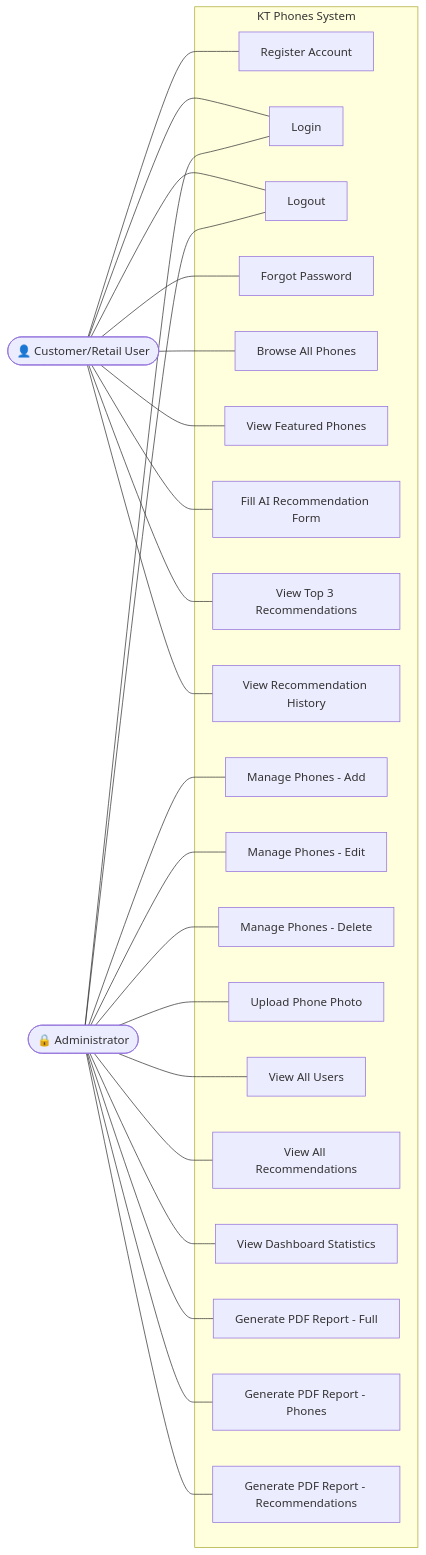
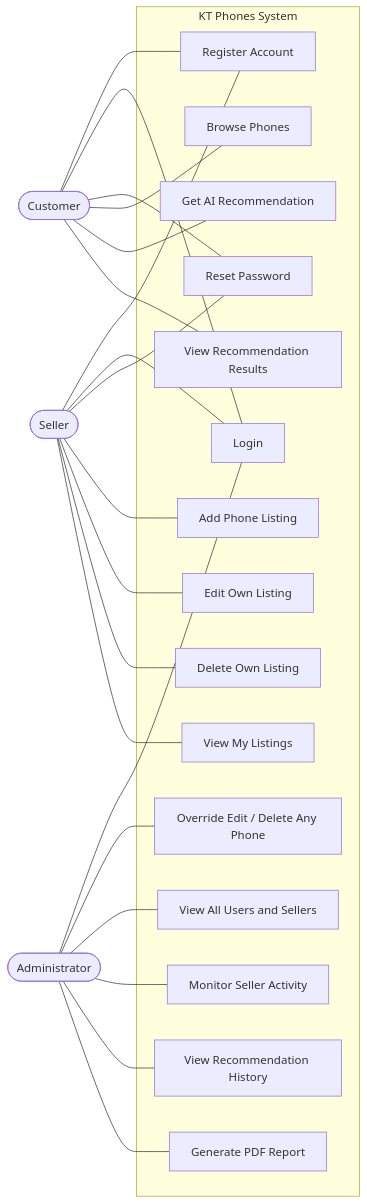
Before and after one commit to softboyai/Ai-based-phone: the third of 7 diagrams in diagrams.md, drawn with Mermaid. The commit also changed other lines of this file and 13 other files, not shown here.

First line of the commit message:
feat: add Seller role  3-role system (admin, seller, customer)

````diff
--- a/diagrams.md
+++ b/diagrams.md
@@ -87,55 +71,48 @@
 ```mermaid
 graph LR
-    %% Actors
-    Customer([👤 Customer/Retail User])
-    Admin([🔒 Administrator])
+    Customer([Customer])
+    Seller([Seller])
+    Admin([Administrator])
 
-    %% System boundary
     subgraph KT Phones System
-        UC1[Register Account]
-        UC2[Login]
-        UC3[Logout]
-        UC4[Forgot Password]
-        UC5[Browse All Phones]
-        UC6[View Featured Phones]
-        UC7[Fill AI Recommendation Form]
-        UC8[View Top 3 Recommendations]
-        UC9[View Recommendation History]
+        Register[Register Account]
+        Login[Login]
+        ResetPassword[Reset Password]
+        BrowsePhones[Browse Phones]
+        GetRecommendation[Get AI Recommendation]
+        ViewResults[View Recommendation Results]
 
-        UC10[Manage Phones - Add]
-        UC11[Manage Phones - Edit]
-        UC12[Manage Phones - Delete]
-        UC13[Upload Phone Photo]
-        UC14[View All Users]
-        UC15[View All Recommendations]
-        UC16[View Dashboard Statistics]
-        UC17[Generate PDF Report - Full]
-        UC18[Generate PDF Report - Phones]
-        UC19[Generate PDF Report - Recommendations]
+        AddPhone[Add Phone Listing]
+        EditOwnPhone[Edit Own Listing]
+        DeleteOwnPhone[Delete Own Listing]
+        ViewOwnListings[View My Listings]
+
+        ManageAllPhones[Override Edit / Delete Any Phone]
+        ViewAllUsers[View All Users and Sellers]
+        ViewSellers[Monitor Seller Activity]
+        ViewRecommendations[View Recommendation History]
+        GenerateReport[Generate PDF Report]
     end
 
-    %% Customer relationships
-    Customer --- UC1
-    Customer --- UC2
-    Customer --- UC3
-    Customer --- UC4
-    Customer --- UC5
-    Customer --- UC6
-    Customer --- UC7
-    Customer --- UC8
-    Customer --- UC9
+    Customer --- Register
+    Customer --- Login
+    Customer --- ResetPassword
+    Customer --- BrowsePhones
+    Customer --- GetRecommendation
+    Customer --- ViewResults
 
-    %% Admin relationships
-    Admin --- UC2
-    Admin --- UC3
-    Admin --- UC10
-    Admin --- UC11
-    Admin --- UC12
-    Admin --- UC13
-    Admin --- UC14
-    Admin --- UC15
-    Admin --- UC16
-    Admin --- UC17
-    Admin --- UC18
-    Admin --- UC19
+    Seller --- Register
+    Seller --- Login
+    Seller --- ResetPassword
+    Seller --- AddPhone
+    Seller --- EditOwnPhone
+    Seller --- DeleteOwnPhone
+    Seller --- ViewOwnListings
+
+    Admin --- Login
+    Admin --- ManageAllPhones
+    Admin --- ViewAllUsers
+    Admin --- ViewSellers
+    Admin --- ViewRecommendations
+    Admin --- GenerateReport
 ```
````
